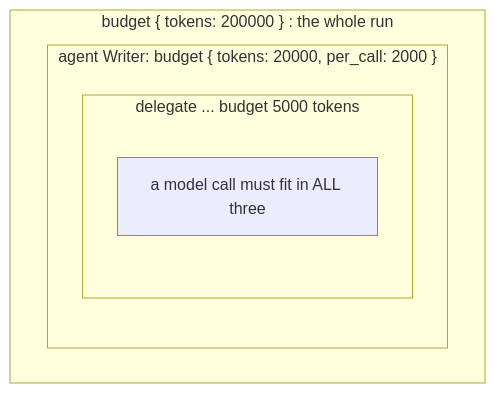
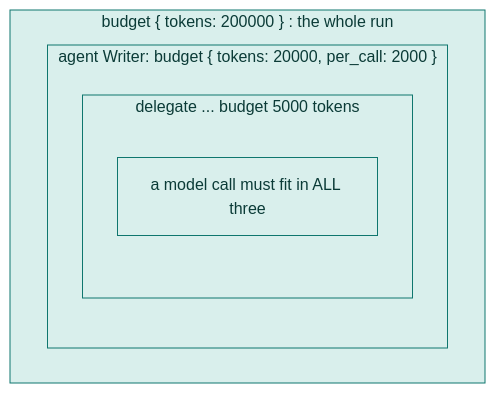
One commit to srijithunni7182/llm4j changed the first of 2 diagrams in docs/tutorial/09-safety-and-cost.md. Above: the diagram before and after it, drawn with Mermaid. The commit also changed other lines of this file and 13 other files, not shown here.

First line of the commit message:
docs: give the tutorial's diagrams meaningful colours

````diff
--- a/docs/tutorial/09-safety-and-cost.md
+++ b/docs/tutorial/09-safety-and-cost.md
@@ -43,10 +43,12 @@
 ```mermaid
 flowchart TD
   subgraph Run["budget { tokens: 200000 } : the whole run"]
     subgraph Agent["agent Writer: budget { tokens: 20000, per_call: 2000 }"]
       subgraph Step["delegate ... budget 5000 tokens"]
         C["a model call must fit in ALL three"]
       end
     end
   end
+  classDef step fill:#d9efec,stroke:#0f766e,color:#0b3b37
+  class Run,Agent,Step,C step
 ```
````
